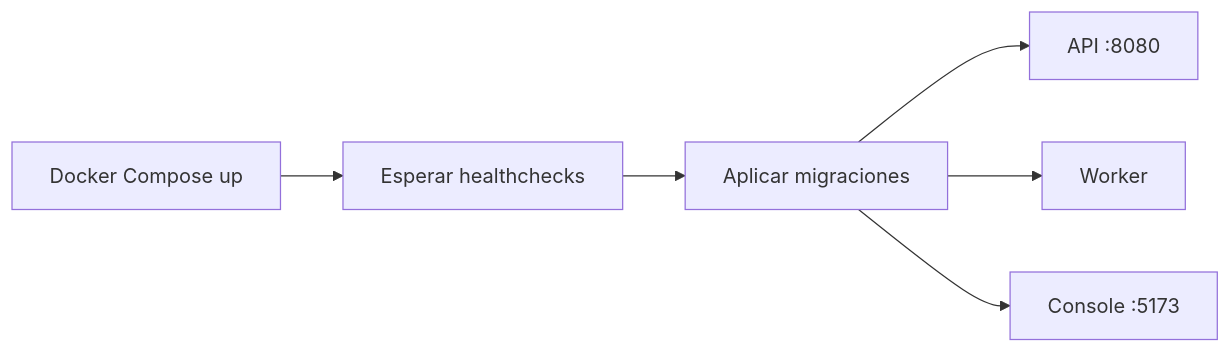
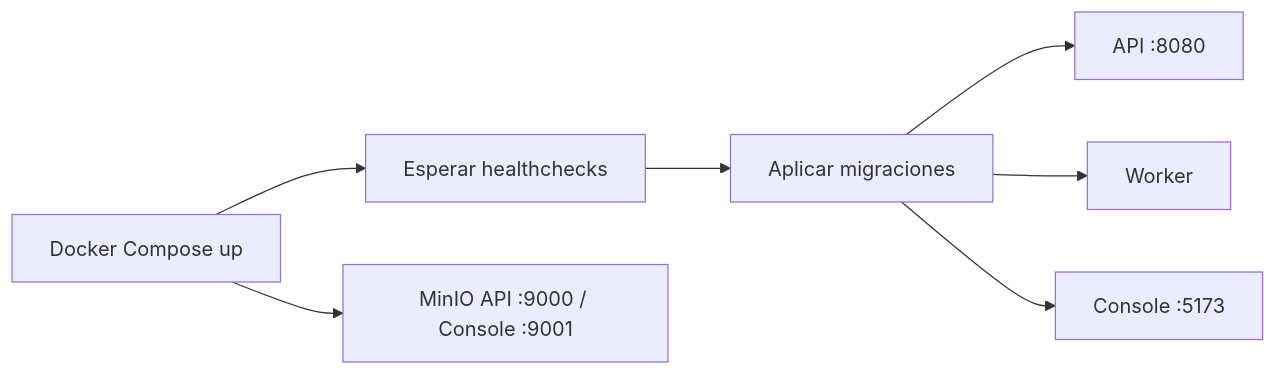
One commit to NickDavid1811/imageflow changed the diagram in docs/development.md. Above: the diagram before and after it, drawn with Mermaid. The commit also changed other lines of this file and 2 other files, not shown here.

Commit message:
feat: add MinIO service to docker compose and update documentation for S3 storage

````diff
--- a/docs/development.md
+++ b/docs/development.md
@@ -25,8 +25,9 @@
 ```mermaid
 flowchart LR
     A[Docker Compose up] --> B[Esperar healthchecks]
     B --> C[Aplicar migraciones]
     C --> D[API :8080]
     C --> E[Worker]
     C --> F[Console :5173]
+    A --> G[MinIO API :9000 / Console :9001]
 ```
````
